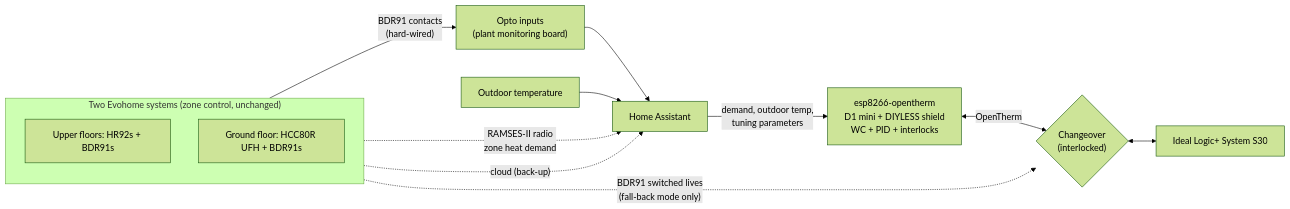
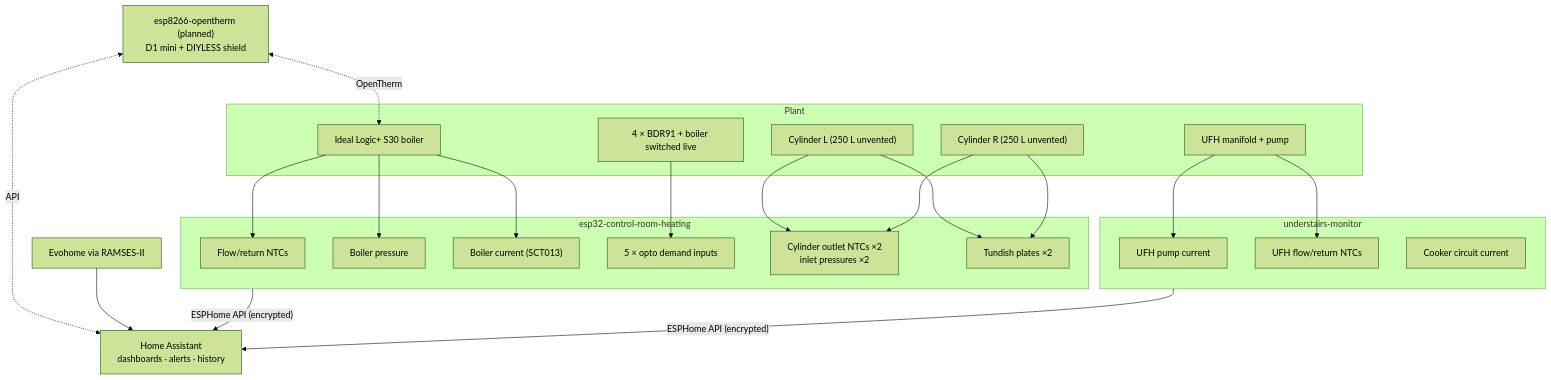
Before and after one commit to the-control-cabinet/heating-plant-monitoring-esphome: the diagram in README.md, drawn with Mermaid (forest theme). The commit also changed other lines of this file and 2 other files, not shown here.

````diff
--- a/README.md
+++ b/README.md
@@ -24,16 +49,31 @@
 ```mermaid
-flowchart LR
-    subgraph EVO["Two Evohome systems (zone control, unchanged)"]
-        Z1["Upper floors: HR92s + BDR91s"]
-        Z2["Ground floor: HCC80R UFH + BDR91s"]
+flowchart TB
+    subgraph PLANT["Plant"]
+        B["Ideal Logic+ S30 boiler"]
+        C1["Cylinder L (250 L unvented)"]
+        C2["Cylinder R (250 L unvented)"]
+        UFH["UFH manifold + pump"]
+        BDR["4 × BDR91 + boiler switched live"]
     end
-    EVO -->|"BDR91 contacts<br/>(hard-wired)"| OPTO["Opto inputs<br/>(plant monitoring board)"]
-    EVO -.->|"RAMSES-II radio<br/>zone heat demand"| HA["Home Assistant"]
-    EVO -.->|"cloud (back-up)"| HA
-    OPTO --> HA
-    OUT["Outdoor temperature"] --> HA
-    HA -->|"demand, outdoor temp,<br/>tuning parameters"| NODE["esp8266-opentherm<br/>D1 mini + DIYLESS shield<br/>WC + PID + interlocks"]
-    NODE <-->|"OpenTherm"| CO{"Changeover<br/>(interlocked)"}
-    CO <--> BOIL["Ideal Logic+ System S30"]
-    EVO -.->|"BDR91 switched lives<br/>(fall-back mode only)"| CO
+    subgraph CR["esp32-control-room-heating"]
+        T["Flow/return NTCs"]
+        P["Boiler pressure"]
+        I["Boiler current (SCT013)"]
+        O["5 × opto demand inputs"]
+        DH["Cylinder outlet NTCs ×2<br/>inlet pressures ×2"]
+        TD["Tundish plates ×2"]
+    end
+    subgraph US["understairs-monitor"]
+        UP["UFH pump current"]
+        UT["UFH flow/return NTCs"]
+        CK["Cooker circuit current"]
+    end
+    B --> T & P & I
+    BDR --> O
+    C1 & C2 --> DH & TD
+    UFH --> UP & UT
+    CR & US -->|"ESPHome API (encrypted)"| HA["Home Assistant<br/>dashboards · alerts · history"]
+    OT["esp8266-opentherm (planned)<br/>D1 mini + DIYLESS shield"] <-.->|"OpenTherm"| B
+    OT <-.->|"API"| HA
+    EVO["Evohome via RAMSES-II"] --> HA
 ```
````
